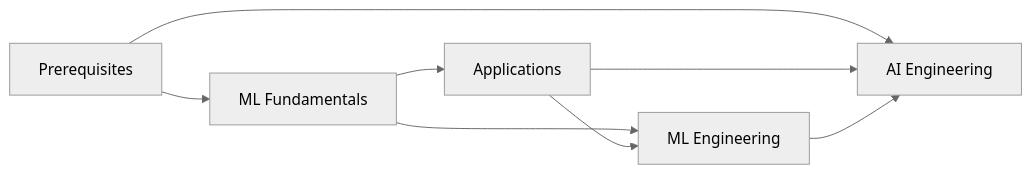
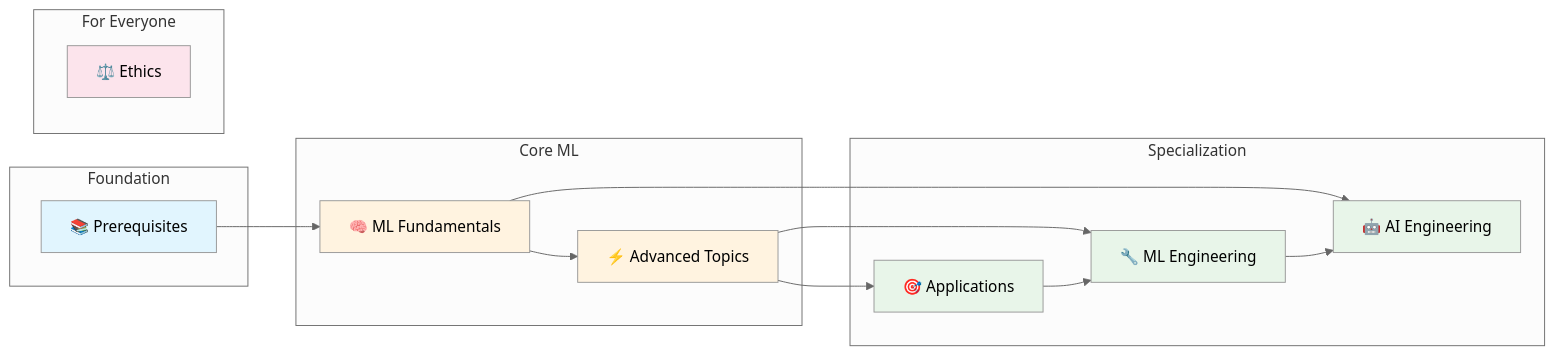
Before and after one commit to bhardwajRahul/essential-ml-roadmap: the diagram in README.md, drawn with Mermaid (neutral theme). The commit also changed other lines of this file and 8 other files, not shown here.

First line of the commit message:
Improve roadmap structure and readability

````diff
--- a/README.md
+++ b/README.md
@@ -24,13 +22,37 @@
 ```mermaid
 graph LR
-    PREREQ[Prerequisites] --> MLF[ML Fundamentals]
-    PREREQ --> AIE[AI Engineering]
+    subgraph Foundation
+        PREREQ[📚 Prerequisites]
+    end
 
-    MLF --> APP[Applications]
-    MLF --> MLE[ML Engineering]
+    subgraph "Core ML"
+        MLF[🧠 ML Fundamentals]
+        ADV[⚡ Advanced Topics]
+    end
 
+    subgraph "Specialization"
+        APP[🎯 Applications]
+        AIE[🤖 AI Engineering]
+        MLE[🔧 ML Engineering]
+    end
+
+    subgraph "For Everyone"
+        ETH[⚖️ Ethics]
+    end
+
+    PREREQ --> MLF
+    MLF --> ADV
+    MLF --> AIE
+    ADV --> APP
+    ADV --> MLE
     APP --> MLE
-    APP --> AIE
+    MLE --> AIE
 
-    MLE --> AIE
+    style PREREQ fill:#e1f5fe
+    style MLF fill:#fff3e0
+    style ADV fill:#fff3e0
+    style APP fill:#e8f5e9
+    style AIE fill:#e8f5e9
+    style MLE fill:#e8f5e9
+    style ETH fill:#fce4ec
 ```
````
